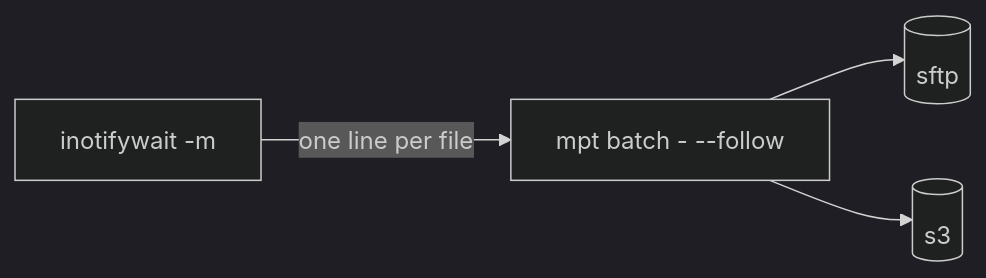
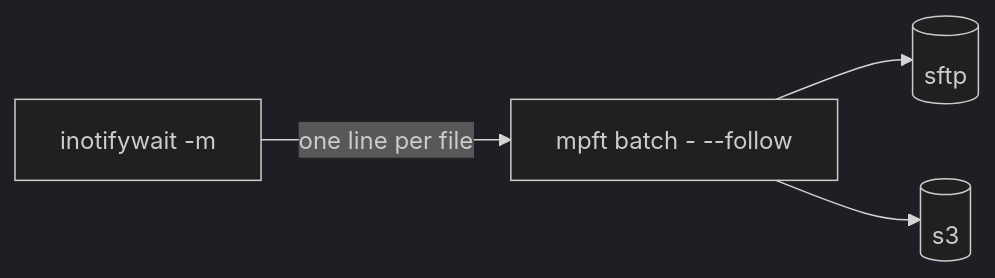
One commit to manuelbusch/mpft changed the sixth of 6 diagrams in user_guide/src/server/deployment.md. Above: the diagram before and after it, drawn with Mermaid (dark theme). The commit also changed other lines of this file and 108 other files, not shown here.

````diff
--- a/user_guide/src/server/deployment.md
+++ b/user_guide/src/server/deployment.md
@@ -123,6 +123,6 @@
 ```mermaid
 flowchart LR
-    Wt[inotifywait -m] -- "one line per file" --> Bt[mpt batch - --follow]
+    Wt[inotifywait -m] -- "one line per file" --> Bt[mpft batch - --follow]
     Bt --> D1[(sftp)]
     Bt --> D2[(s3)]
 ```
````
